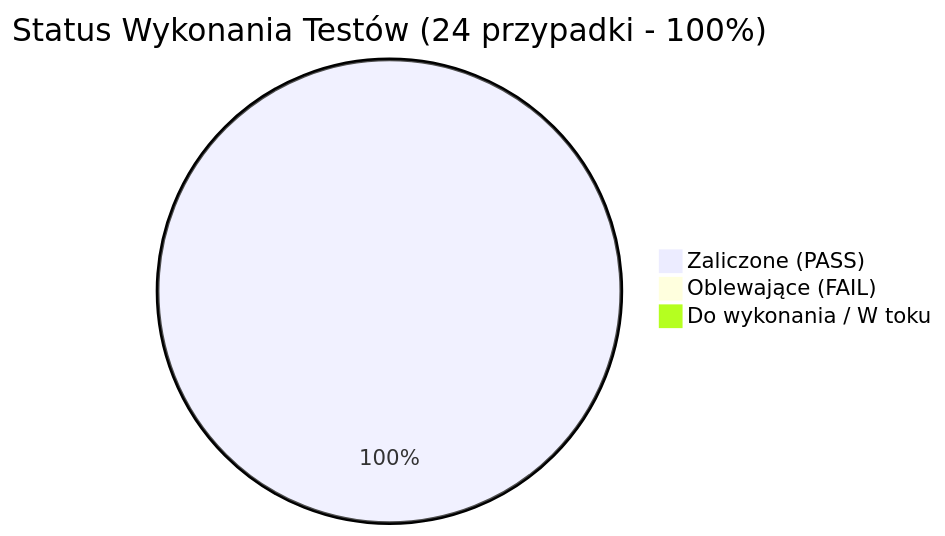
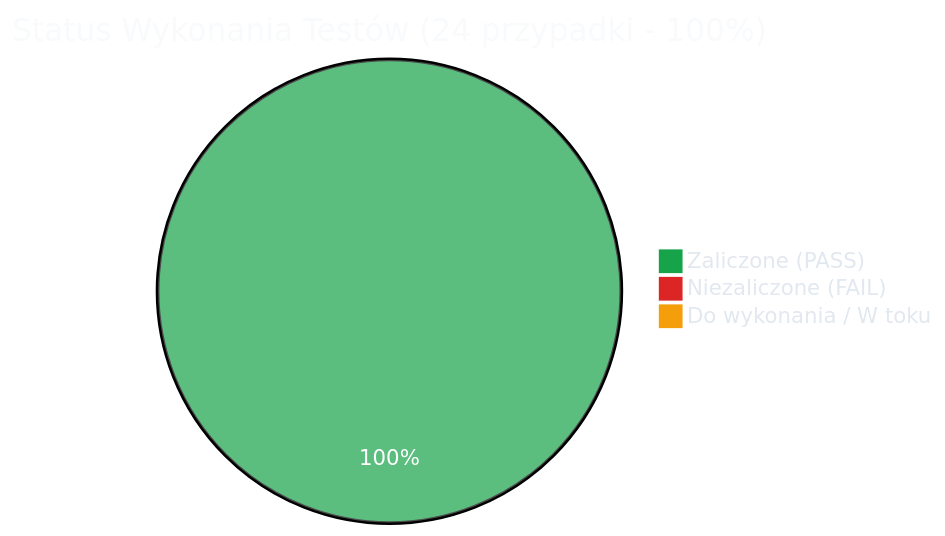
Before and after one commit to DAWID598/MacroGuard: the diagram in tests/docs/TEST_CASES_EXECUTION_REPORT.md, drawn with Mermaid. The commit also changed other lines of this file and 1 other file, not shown here.

Commit message:
fix: Correct title in test cases specification and enhance execution report with theme variables

````diff
--- a/tests/docs/TEST_CASES_EXECUTION_REPORT.md
+++ b/tests/docs/TEST_CASES_EXECUTION_REPORT.md
@@ -17,6 +17,17 @@
 ```mermaid
+%%{init: {
+  'theme': 'base',
+  'themeVariables': {
+    'pie1': '#16a34a',
+    'pie2': '#dc2626',
+    'pie3': '#f59e0b',
+    'pieSectionTextColor': '#ffffff',
+    'pieLegendTextColor': '#e2e8f0',
+    'pieTitleTextColor': '#f8fafc'
+  }
+}}%%
 pie title Status Wykonania Testów (24 przypadki - 100%)
     "Zaliczone (PASS)" : 24
-    "Oblewające (FAIL)" : 0
+    "Niezaliczone (FAIL)" : 0
     "Do wykonania / W toku" : 0
 ```
````
